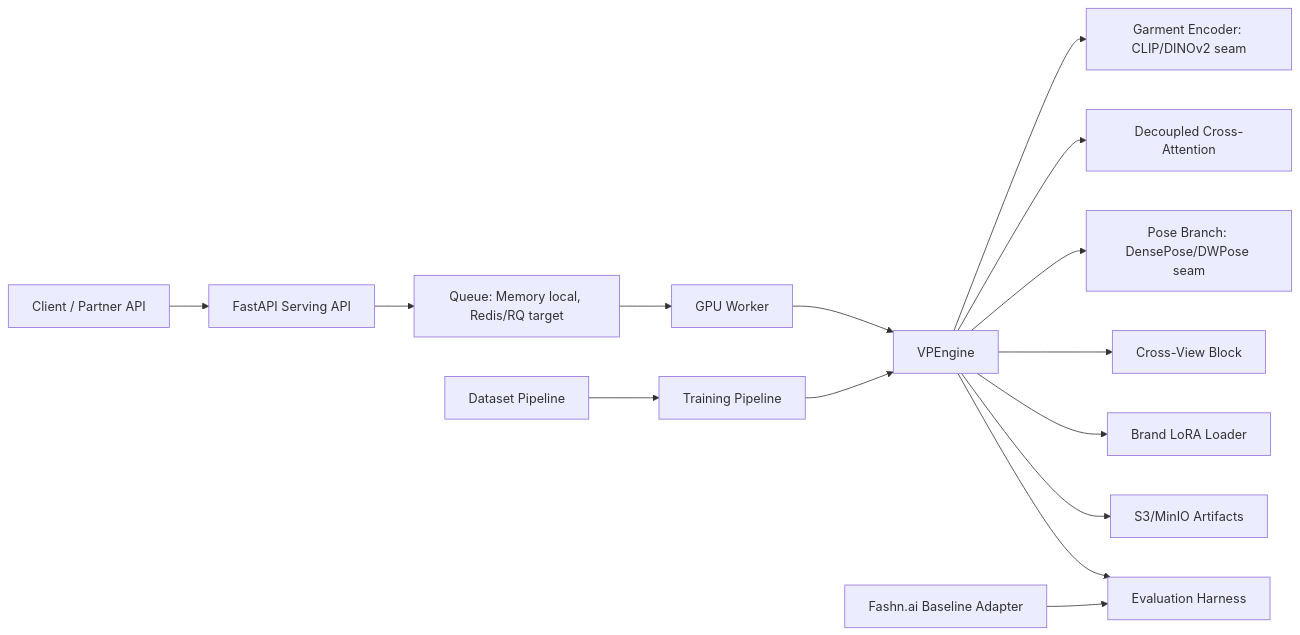
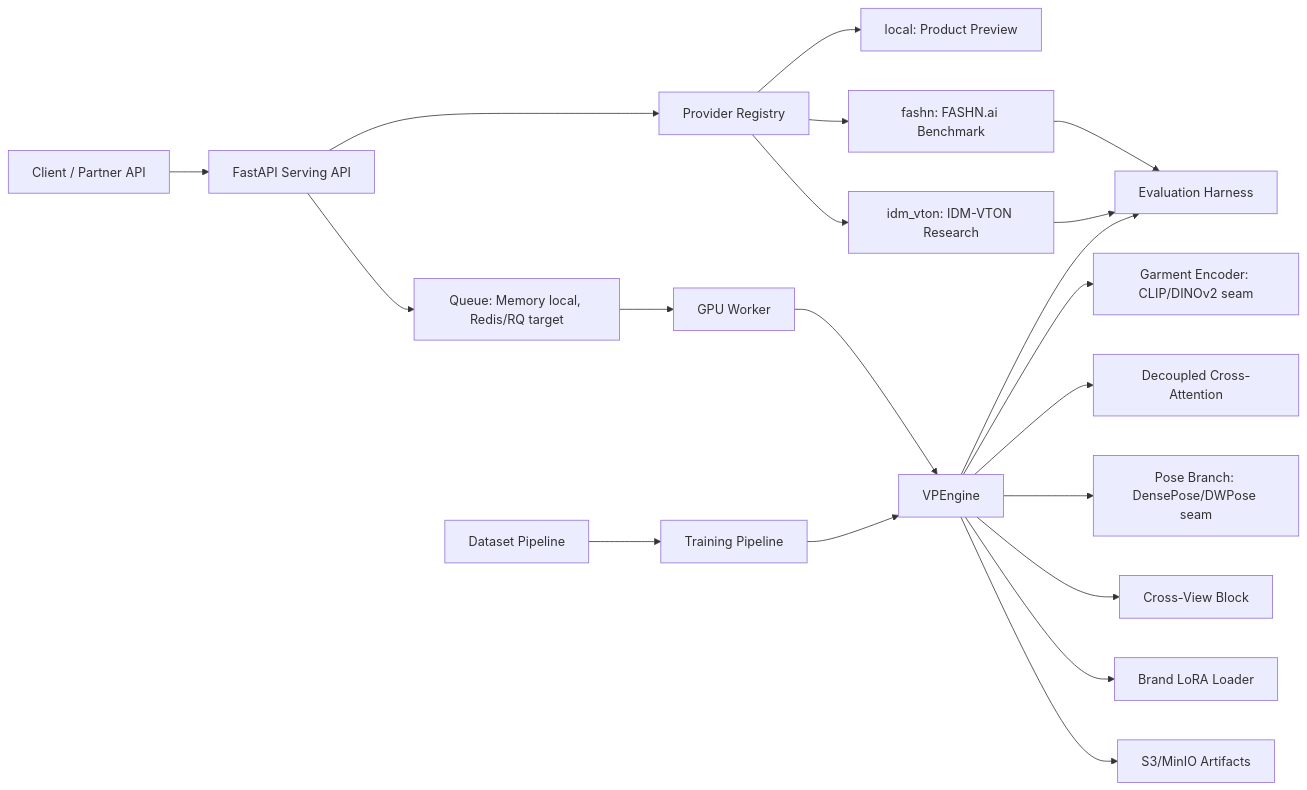
The diagram in docs/ARCHITECTURE.md (ernre/Blusence_ai_project), drawn with Mermaid before and after one commit. The commit also changed other lines of this file and 15 other files, not shown here.

Commit message:
Document provider-oriented VTON strategy

````diff
--- a/docs/ARCHITECTURE.md
+++ b/docs/ARCHITECTURE.md
@@ -3,17 +3,22 @@
 ```mermaid
 flowchart LR
   Client["Client / Partner API"] --> API["FastAPI Serving API"]
+  API --> Provider["Provider Registry"]
+  Provider --> Local["local: Product Preview"]
+  Provider --> Fashn["fashn: FASHN.ai Benchmark"]
+  Provider --> IDM["idm_vton: IDM-VTON Research"]
   API --> Queue["Queue: Memory local, Redis/RQ target"]
   Queue --> Worker["GPU Worker"]
   Worker --> Engine["VPEngine"]
   Engine --> Garment["Garment Encoder: CLIP/DINOv2 seam"]
   Engine --> Attention["Decoupled Cross-Attention"]
   Engine --> Pose["Pose Branch: DensePose/DWPose seam"]
   Engine --> Multi["Cross-View Block"]
   Engine --> Lora["Brand LoRA Loader"]
   Engine --> Artifact["S3/MinIO Artifacts"]
-  Baseline["Fashn.ai Baseline Adapter"] --> Eval["Evaluation Harness"]
+  Fashn --> Eval["Evaluation Harness"]
+  IDM --> Eval
   Engine --> Eval
   Data["Dataset Pipeline"] --> Training["Training Pipeline"]
   Training --> Engine
 ```
````
